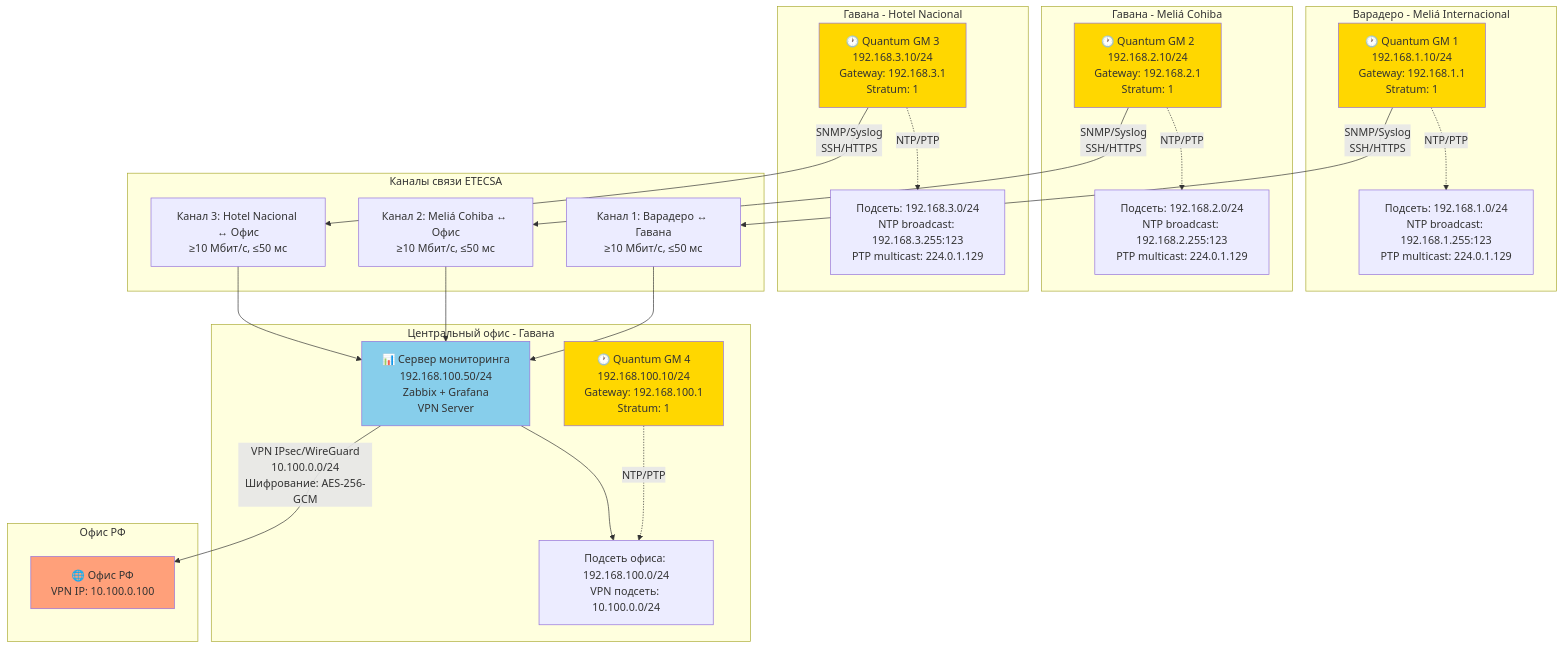
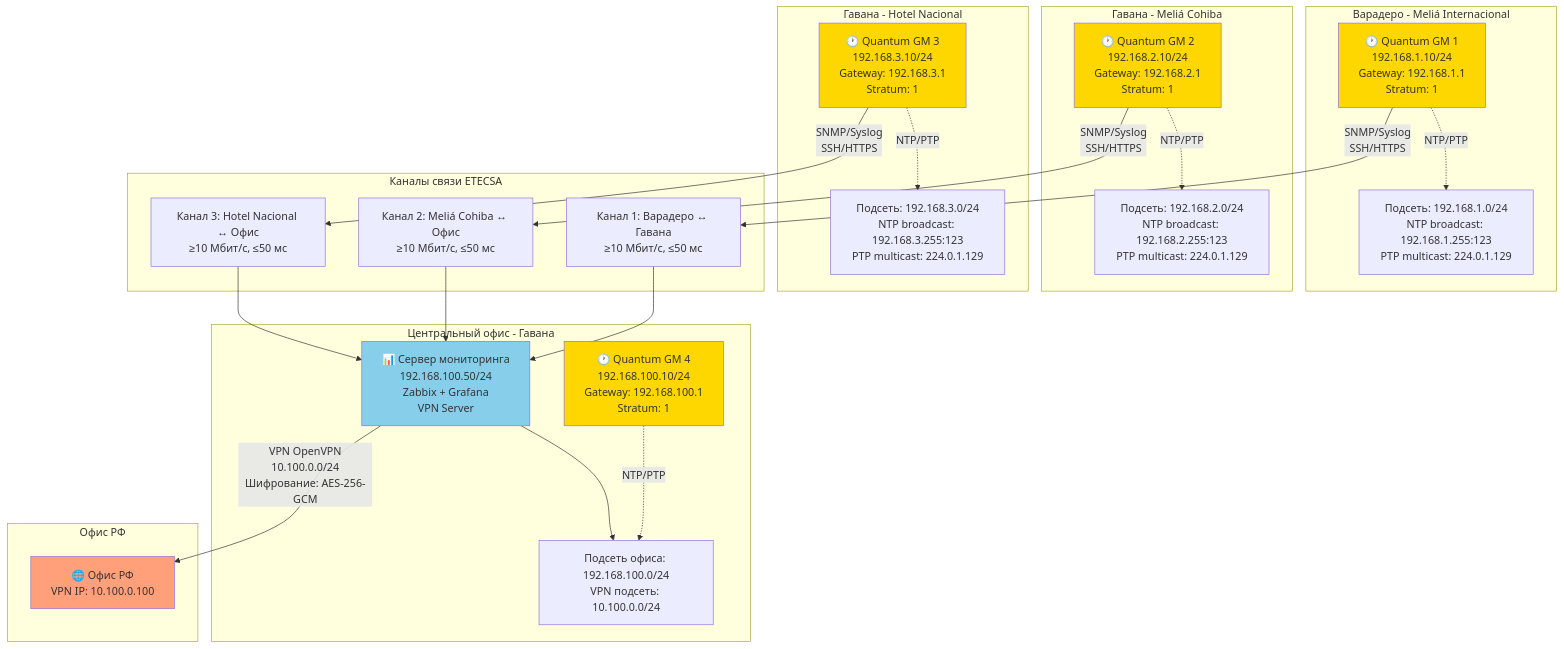
One commit to SiwaNetwork/BIZNES_HOTEL changed the second of 6 diagrams in network_diagrams.md. Above: the diagram before and after it, drawn with Mermaid. The commit also changed other lines of this file and 2 other files, not shown here.

First line of the commit message:
Заменен VPN протокол с IPsec/WireGuard на OpenVPN

````diff
--- a/network_diagrams.md
+++ b/network_diagrams.md
@@ -199,54 +199,54 @@
 ```mermaid
 graph TB
     subgraph "Варадеро - Meliá Internacional"
         GM1["🕐 Quantum GM 1<br/>192.168.1.10/24<br/>Gateway: 192.168.1.1<br/>Stratum: 1"]
         VLAN1["Подсеть: 192.168.1.0/24<br/>NTP broadcast: 192.168.1.255:123<br/>PTP multicast: 224.0.1.129"]
         GM1 -.->|NTP/PTP| VLAN1
     end
     
     subgraph "Гавана - Meliá Cohiba"
         GM2["🕐 Quantum GM 2<br/>192.168.2.10/24<br/>Gateway: 192.168.2.1<br/>Stratum: 1"]
         VLAN2["Подсеть: 192.168.2.0/24<br/>NTP broadcast: 192.168.2.255:123<br/>PTP multicast: 224.0.1.129"]
         GM2 -.->|NTP/PTP| VLAN2
     end
     
     subgraph "Гавана - Hotel Nacional"
         GM3["🕐 Quantum GM 3<br/>192.168.3.10/24<br/>Gateway: 192.168.3.1<br/>Stratum: 1"]
         VLAN3["Подсеть: 192.168.3.0/24<br/>NTP broadcast: 192.168.3.255:123<br/>PTP multicast: 224.0.1.129"]
         GM3 -.->|NTP/PTP| VLAN3
     end
     
     subgraph "Центральный офис - Гавана"
         GM4["🕐 Quantum GM 4<br/>192.168.100.10/24<br/>Gateway: 192.168.100.1<br/>Stratum: 1"]
         MON["📊 Сервер мониторинга<br/>192.168.100.50/24<br/>Zabbix + Grafana<br/>VPN Server"]
         OFFICE_NET["Подсеть офиса: 192.168.100.0/24<br/>VPN подсеть: 10.100.0.0/24"]
         GM4 -.->|NTP/PTP| OFFICE_NET
         MON --> OFFICE_NET
     end
     
     subgraph "Каналы связи ETECSA"
         WAN1["Канал 1: Варадеро ↔ Гавана<br/>≥10 Мбит/с, ≤50 мс"]
         WAN2["Канал 2: Meliá Cohiba ↔ Офис<br/>≥10 Мбит/с, ≤50 мс"]
         WAN3["Канал 3: Hotel Nacional ↔ Офис<br/>≥10 Мбит/с, ≤50 мс"]
     end
     
     GM1 -->|SNMP/Syslog<br/>SSH/HTTPS| WAN1
     GM2 -->|SNMP/Syslog<br/>SSH/HTTPS| WAN2
     GM3 -->|SNMP/Syslog<br/>SSH/HTTPS| WAN3
     WAN1 --> MON
     WAN2 --> MON
     WAN3 --> MON
     
     subgraph "Офис РФ"
         RF["🌐 Офис РФ<br/>VPN IP: 10.100.0.100"]
     end
     
-    MON -->|"VPN IPsec/WireGuard<br/>10.100.0.0/24<br/>Шифрование: AES-256-GCM"| RF
+    MON -->|"VPN OpenVPN<br/>10.100.0.0/24<br/>Шифрование: AES-256-GCM"| RF
 
     style GM1 fill:#FFD700
     style GM2 fill:#FFD700
     style GM3 fill:#FFD700
     style GM4 fill:#FFD700
     style MON fill:#87CEEB
     style RF fill:#FFA07A
 ```
````
